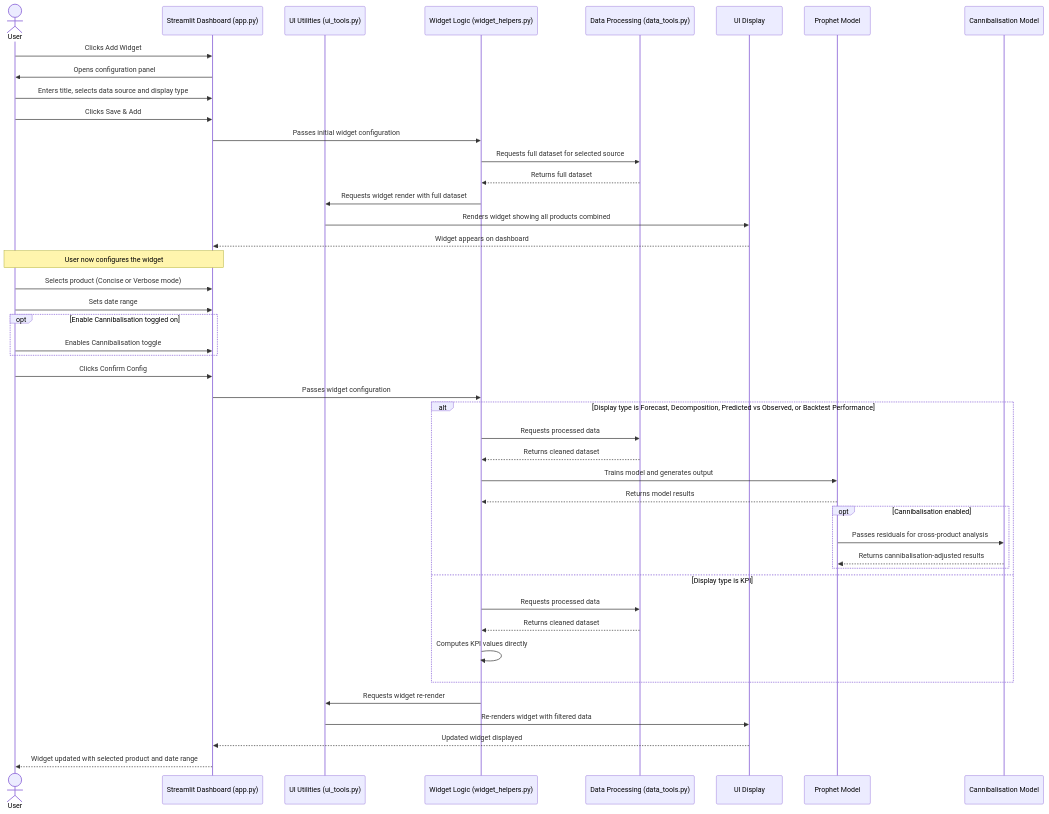
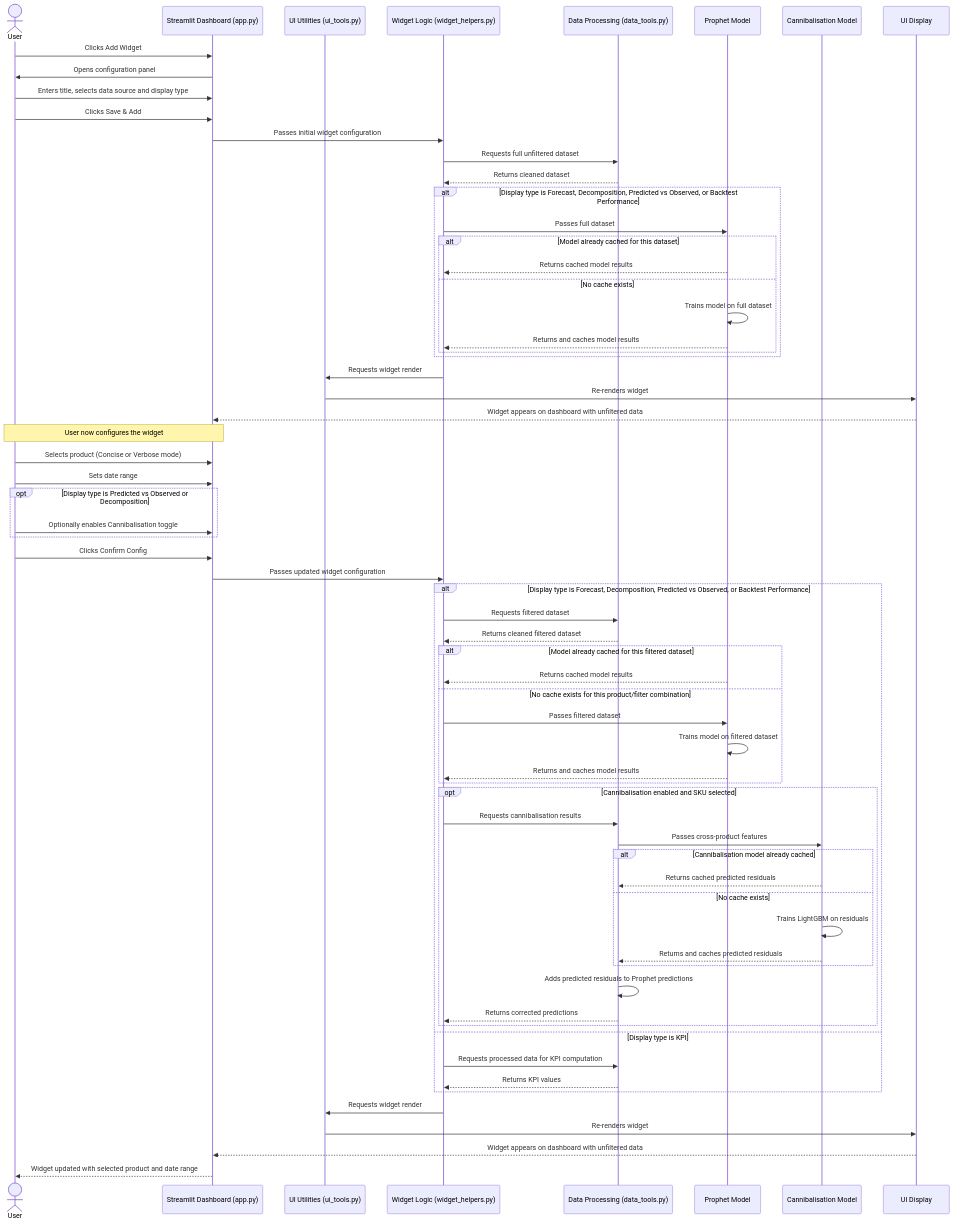
The second of 4 diagrams in docs/system-design.md (tt1m/baseline-sales-modelling-report), drawn with Mermaid before and after one commit. The commit also changed other lines of this file, not shown here.

````diff
--- a/docs/system-design.md
+++ b/docs/system-design.md
@@ -95,50 +93,71 @@
 ```mermaid
 sequenceDiagram
     actor User
     participant Dashboard as Streamlit Dashboard (app.py)
     participant UITools as UI Utilities (ui_tools.py)
     participant WidgetHelpers as Widget Logic (widget_helpers.py)
     participant DataTools as Data Processing (data_tools.py)
-    participant UIDisplay as UI Display
     participant Prophet as Prophet Model
     participant Cannibalisation as Cannibalisation Model
+    participant UIDisplay as UI Display
 
     User->>Dashboard: Clicks Add Widget
     Dashboard->>User: Opens configuration panel
     User->>Dashboard: Enters title, selects data source and display type
     User->>Dashboard: Clicks Save & Add
     Dashboard->>WidgetHelpers: Passes initial widget configuration
-    WidgetHelpers->>DataTools: Requests full dataset for selected source
-    DataTools-->>WidgetHelpers: Returns full dataset
-    WidgetHelpers->>UITools: Requests widget render with full dataset
-    UITools->>UIDisplay: Renders widget showing all products combined
-    UIDisplay-->>Dashboard: Widget appears on dashboard
+    WidgetHelpers->>DataTools: Requests full unfiltered dataset
+    DataTools-->>WidgetHelpers: Returns cleaned dataset
+    alt Display type is Forecast, Decomposition, Predicted vs Observed, or Backtest Performance
+        WidgetHelpers->>Prophet: Passes full dataset
+        alt Model already cached for this dataset
+            Prophet-->>WidgetHelpers: Returns cached model results
+        else No cache exists
+            Prophet->>Prophet: Trains model on full dataset
+            Prophet-->>WidgetHelpers: Returns and caches model results
+        end
+    end
+    WidgetHelpers->>UITools: Requests widget render
+    UITools->>UIDisplay: Re-renders widget
+    UIDisplay-->>Dashboard: Widget appears on dashboard with unfiltered data
 
     Note over User,Dashboard: User now configures the widget
 
     User->>Dashboard: Selects product (Concise or Verbose mode)
     User->>Dashboard: Sets date range
-    opt Enable Cannibalisation toggled on
-        User->>Dashboard: Enables Cannibalisation toggle
+    opt Display type is Predicted vs Observed or Decomposition
+        User->>Dashboard: Optionally enables Cannibalisation toggle
     end
     User->>Dashboard: Clicks Confirm Config
-    Dashboard->>WidgetHelpers: Passes widget configuration
+    Dashboard->>WidgetHelpers: Passes updated widget configuration
     alt Display type is Forecast, Decomposition, Predicted vs Observed, or Backtest Performance
-        WidgetHelpers->>DataTools: Requests processed data
-        DataTools-->>WidgetHelpers: Returns cleaned dataset
-        WidgetHelpers->>Prophet: Trains model and generates output
-        Prophet-->>WidgetHelpers: Returns model results
-        opt Cannibalisation enabled
-            Prophet->>Cannibalisation: Passes residuals for cross-product analysis
-            Cannibalisation-->>Prophet: Returns cannibalisation-adjusted results
+        WidgetHelpers->>DataTools: Requests filtered dataset
+        DataTools-->>WidgetHelpers: Returns cleaned filtered dataset
+        alt Model already cached for this filtered dataset
+            Prophet-->>WidgetHelpers: Returns cached model results
+        else No cache exists for this product/filter combination
+            WidgetHelpers->>Prophet: Passes filtered dataset
+            Prophet->>Prophet: Trains model on filtered dataset
+            Prophet-->>WidgetHelpers: Returns and caches model results
+        end
+        opt Cannibalisation enabled and SKU selected
+            WidgetHelpers->>DataTools: Requests cannibalisation results
+            DataTools->>Cannibalisation: Passes cross-product features
+            alt Cannibalisation model already cached
+                Cannibalisation-->>DataTools: Returns cached predicted residuals
+            else No cache exists
+                Cannibalisation->>Cannibalisation: Trains LightGBM on residuals
+                Cannibalisation-->>DataTools: Returns and caches predicted residuals
+            end
+            DataTools->>DataTools: Adds predicted residuals to Prophet predictions
+            DataTools-->>WidgetHelpers: Returns corrected predictions
+        end
+    else Display type is KPI
+        WidgetHelpers->>DataTools: Requests processed data for KPI computation
+        DataTools-->>WidgetHelpers: Returns KPI values
     end
-    else Display type is KPI
-        WidgetHelpers->>DataTools: Requests processed data
-        DataTools-->>WidgetHelpers: Returns cleaned dataset
-        WidgetHelpers->>WidgetHelpers: Computes KPI values directly
-    end
-    WidgetHelpers->>UITools: Requests widget re-render
-    UITools->>UIDisplay: Re-renders widget with filtered data
-    UIDisplay-->>Dashboard: Updated widget displayed
+    WidgetHelpers->>UITools: Requests widget render
+    UITools->>UIDisplay: Re-renders widget 
+    UIDisplay-->>Dashboard: Widget appears on dashboard with unfiltered data
     Dashboard-->>User: Widget updated with selected product and date range
 ```
````
